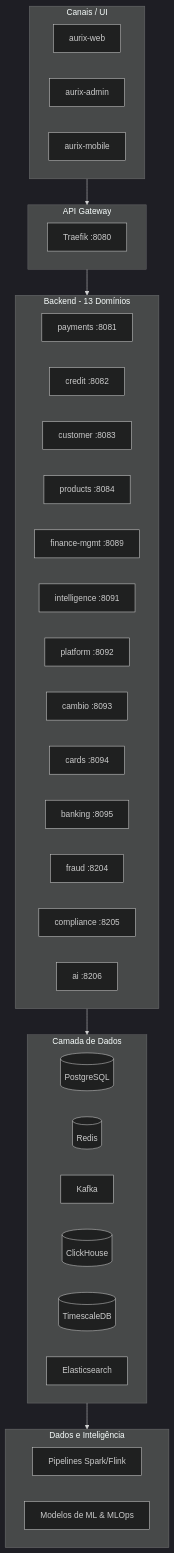
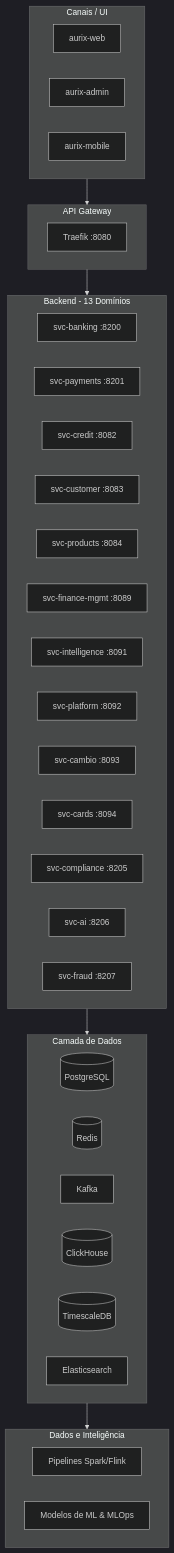
The diagram in 01-business/big-picture.md (aurix-core-banking/aurix-docs), drawn with Mermaid (dark theme) before and after one commit. The commit also changed other lines of this file and 4 other files, not shown here.

Commit message:
docs: atualiza arquitetura com diagramas C4, portas corretas e changelog 2.0.0

````diff
--- a/01-business/big-picture.md
+++ b/01-business/big-picture.md
@@ -34,47 +34,47 @@
 ```mermaid
 flowchart TB
   subgraph Canais["Canais / UI"]
     Web[aurix-web]
     Admin[aurix-admin]
     Mobile[aurix-mobile]
   end
 
   subgraph Gateway["API Gateway"]
     GW[Traefik :8080]
   end
 
   subgraph Backend["Backend - 13 Domínios"]
-    PAY[payments :8081]
-    CRD[credit :8082]
-    CUS[customer :8083]
-    PRD[products :8084]
-    FIN[finance-mgmt :8089]
-    INT[intelligence :8091]
-    PLT[platform :8092]
-    CAM[cambio :8093]
-    CRD2[cards :8094]
-    BNK[banking :8095]
-    FRD[fraud :8204]
-    CMP[compliance :8205]
-    AI[ai :8206]
+    BNK[svc-banking :8200]
+    PAY[svc-payments :8201]
+    CRD[svc-credit :8082]
+    CUS[svc-customer :8083]
+    PRD[svc-products :8084]
+    FIN[svc-finance-mgmt :8089]
+    INT[svc-intelligence :8091]
+    PLT[svc-platform :8092]
+    CAM[svc-cambio :8093]
+    CRD2[svc-cards :8094]
+    CMP[svc-compliance :8205]
+    AI[svc-ai :8206]
+    FRD[svc-fraud :8207]
   end
 
   subgraph DataLayer["Camada de Dados"]
     PG[(PostgreSQL)]
     Redis[(Redis)]
     Kafka[Kafka]
     CH[(ClickHouse)]
     TS[(TimescaleDB)]
     ES[Elasticsearch]
   end
 
   subgraph Pipelines["Dados e Inteligência"]
     DP[Pipelines Spark/Flink]
     ML[Modelos de ML & MLOps]
   end
 
   Canais --> Gateway
   Gateway --> Backend
   Backend --> DataLayer
   DataLayer --> Pipelines
 ```
````
